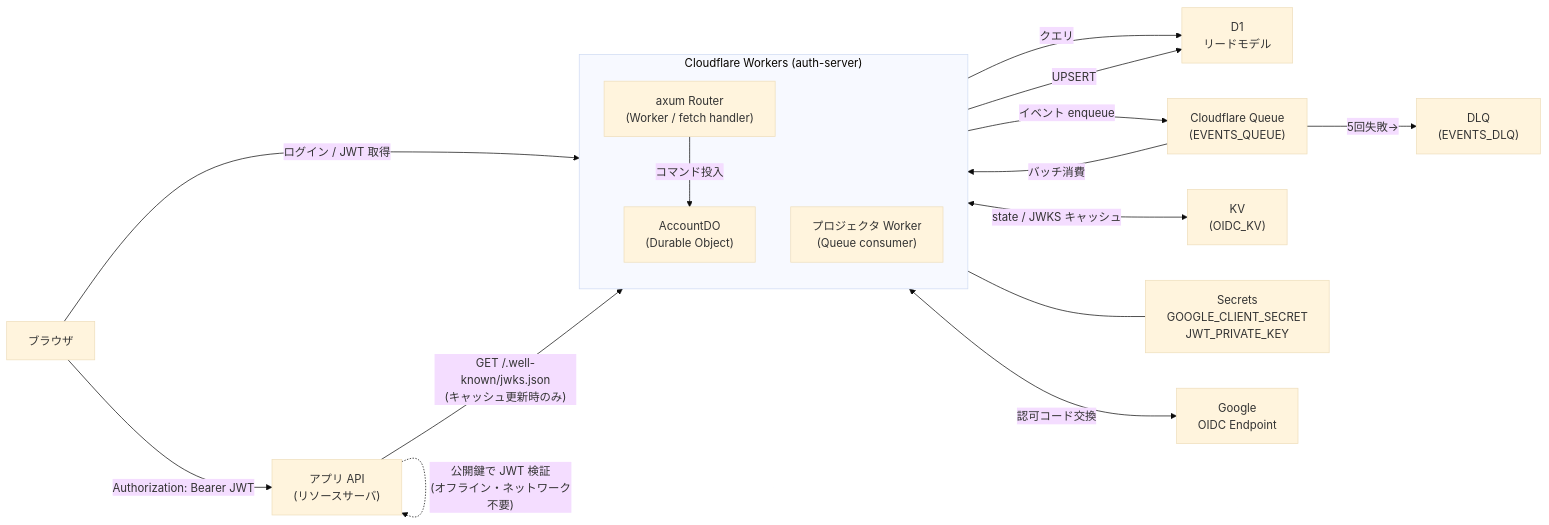
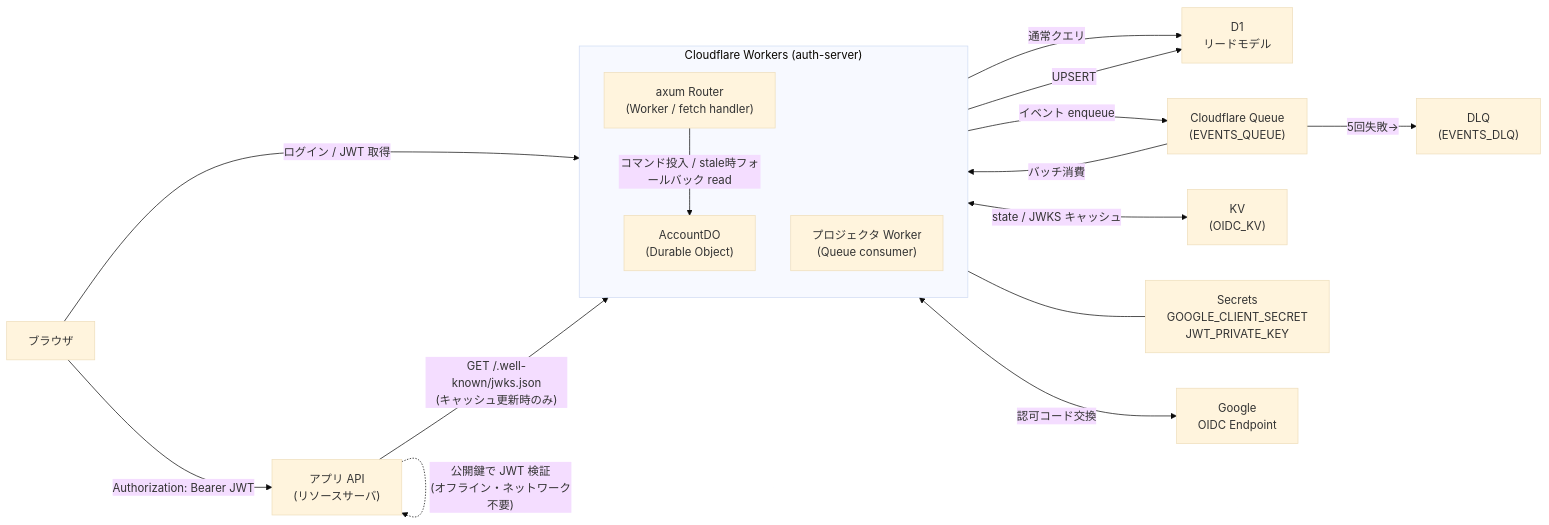
The first of 2 diagrams in auth-server/docs/design.md (takaya-ishiyama/accounts), drawn with Mermaid (base theme) before and after one commit. The commit also changed other lines of this file, not shown here.

````diff
--- a/auth-server/docs/design.md
+++ b/auth-server/docs/design.md
@@ -76,33 +76,33 @@
 ```mermaid
 flowchart LR
     Browser["ブラウザ"]
     AppAPI["アプリ API\n(リソースサーバ)"]
 
     subgraph CF["Cloudflare Workers (auth-server)"]
         direction TB
         Router["axum Router\n(Worker / fetch handler)"]
         AccountDO["AccountDO\n(Durable Object)"]
         Projector["プロジェクタ Worker\n(Queue consumer)"]
     end
 
     D1["D1\nリードモデル"]
     Queue["Cloudflare Queue\n(EVENTS_QUEUE)"]
     DLQ["DLQ\n(EVENTS_DLQ)"]
     KV["KV\n(OIDC_KV)"]
     Secrets["Secrets\nGOOGLE_CLIENT_SECRET\nJWT_PRIVATE_KEY"]
     Google["Google\nOIDC Endpoint"]
 
     Browser -->|"ログイン / JWT 取得"| Router
     Browser -->|"Authorization: Bearer JWT"| AppAPI
     AppAPI -->|"GET /.well-known/jwks.json\n(キャッシュ更新時のみ)"| Router
     AppAPI -.->|"公開鍵で JWT 検証\n(オフライン・ネットワーク不要)"| AppAPI
-    Router -->|"コマンド投入"| AccountDO
-    Router -->|"クエリ"| D1
+    Router -->|"コマンド投入 / stale時フォールバック read"| AccountDO
+    Router -->|"通常クエリ"| D1
     Router <-->|"state / JWKS キャッシュ"| KV
     Router <-->|"認可コード交換"| Google
     AccountDO -->|"イベント enqueue"| Queue
     Queue -->|"バッチ消費"| Projector
     Projector -->|"UPSERT"| D1
     Queue -->|"5回失敗→"| DLQ
     Router --- Secrets
 ```
````
